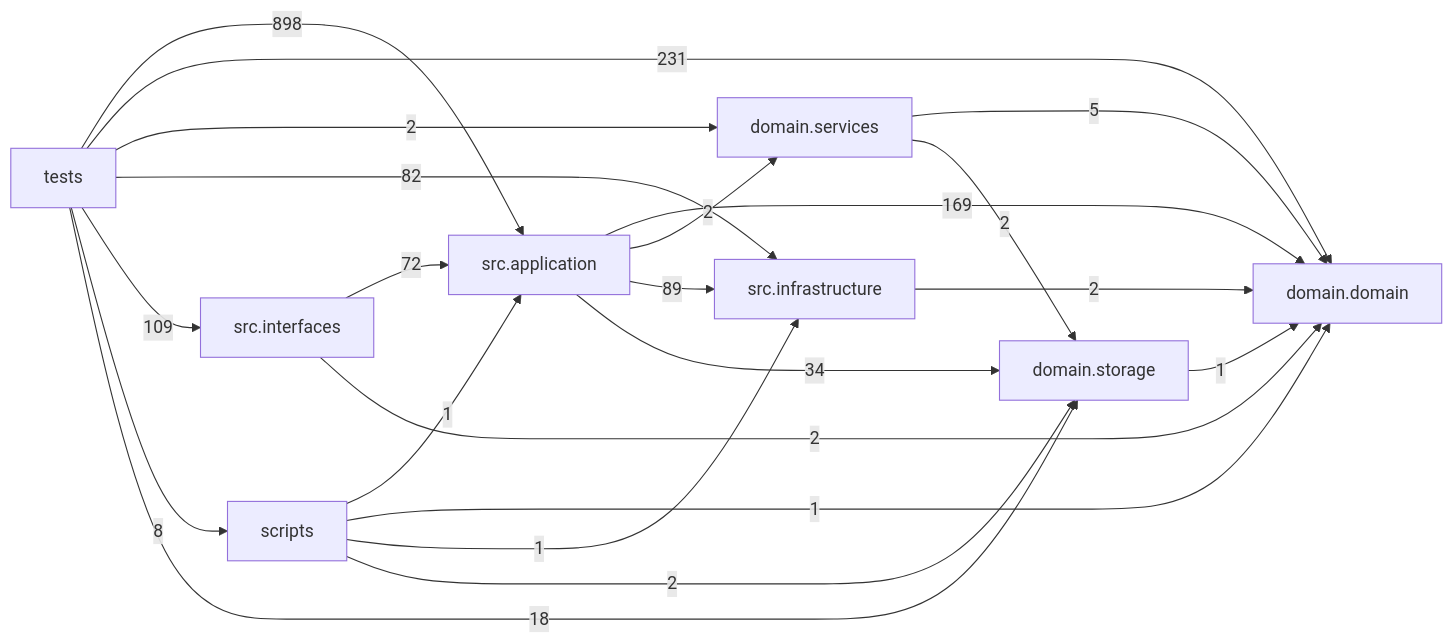
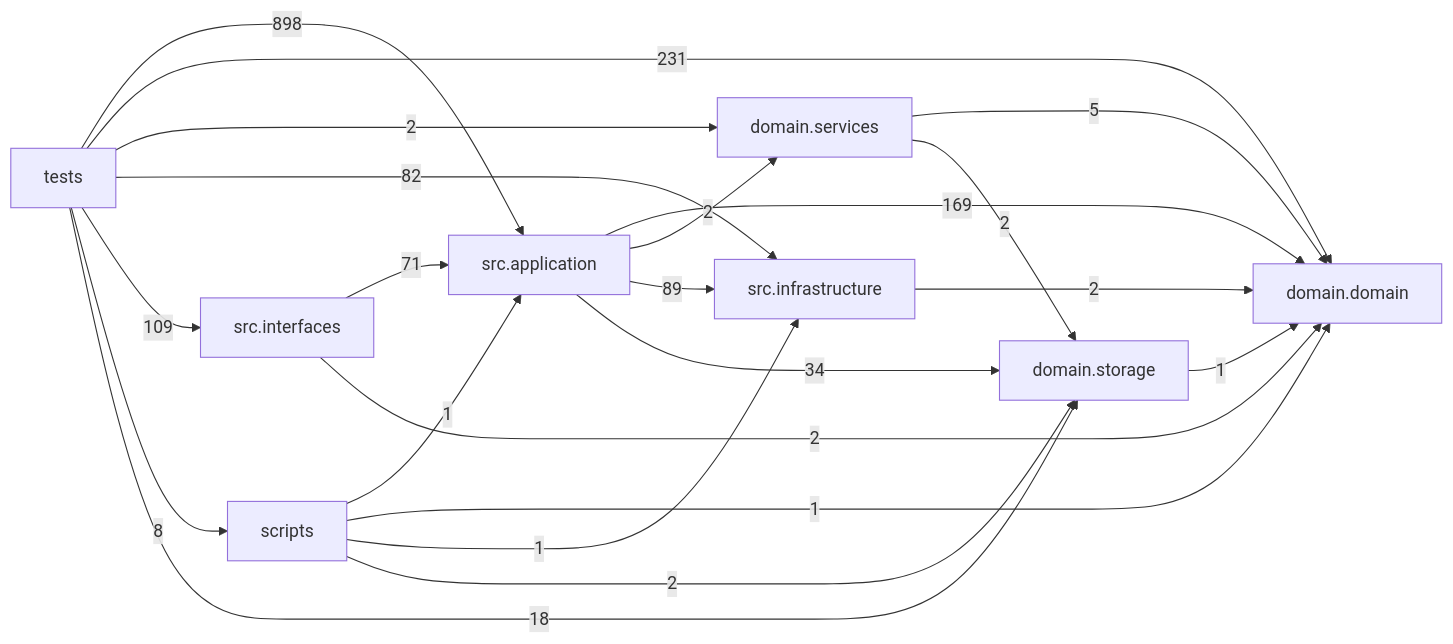
Before and after one commit to liuxie066/options-monitor: the diagram in docs/DEPENDENCY_GRAPH.md, drawn with Mermaid. The commit also changed other lines of this file and 13 other files, not shown here.

````diff
--- a/docs/DEPENDENCY_GRAPH.md
+++ b/docs/DEPENDENCY_GRAPH.md
@@ -24,32 +24,32 @@
 ```mermaid
 flowchart LR
   tests["tests"]
   scripts["scripts"]
   interfaces["src.interfaces"]
   application["src.application"]
   infrastructure["src.infrastructure"]
   domain_services["domain.services"]
   domain["domain.domain"]
   storage["domain.storage"]
   application -->|169| domain
   application -->|2| domain_services
   application -->|89| infrastructure
   application -->|34| storage
   domain_services -->|5| domain
   domain_services -->|2| storage
   infrastructure -->|2| domain
-  interfaces -->|72| application
+  interfaces -->|71| application
   interfaces -->|2| domain
   scripts -->|1| application
   scripts -->|1| domain
   scripts -->|1| infrastructure
   scripts -->|2| storage
   storage -->|1| domain
   tests -->|898| application
   tests -->|231| domain
   tests -->|2| domain_services
   tests -->|82| infrastructure
   tests -->|109| interfaces
   tests -->|8| scripts
   tests -->|18| storage
 ```
````
